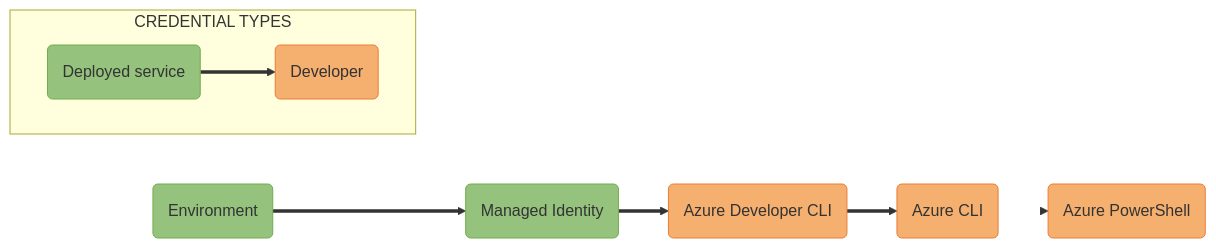
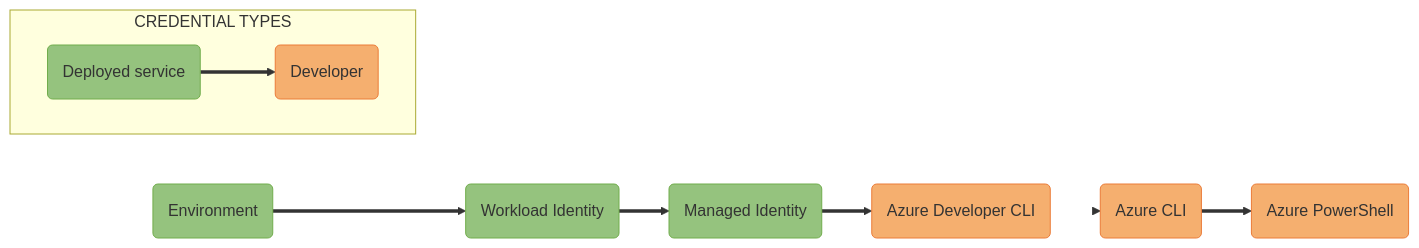
One commit to Azure/azure-sdk-for-js changed the diagram in sdk/identity/identity/images/mermaidjs/DefaultAzureCredentialAuthFlow.md. Above: the diagram before and after it, drawn with Mermaid. The commit also changed 2 other files, not shown here.

Commit message:
update mermaid image

````diff
--- a/sdk/identity/identity/images/mermaidjs/DefaultAzureCredentialAuthFlow.md
+++ b/sdk/identity/identity/images/mermaidjs/DefaultAzureCredentialAuthFlow.md
@@ -1,28 +1,28 @@
 ```mermaid
 %% STEPS TO GENERATE IMAGE
 %% =======================
 %% 1. Install mermaid CLI (see https://github.com/mermaid-js/mermaid-cli/blob/master/README.md)
 %%    v8.14.0 is known good for our process. npm install -g @mermaid-js/mermaid-cli@8.14.0
 %% 2. Run command: mmdc -i DefaultAzureCredentialAuthFlow.md -o DefaultAzureCredentialAuthFlow.svg
 
 flowchart LR;
-    A(Environment):::deployed ==> B(Managed Identity):::deployed ==> C(Azure Developer CLI):::developer ==> D(Azure CLI):::developer ==> E(Azure PowerShell):::developer;
+    A(Environment):::deployed ==> B(Workload Identity):::deployed ==> C(Managed Identity):::deployed ==> D(Azure Developer CLI):::developer ==> E(Azure CLI):::developer ==> F(Azure PowerShell):::developer;
 
     subgraph CREDENTIAL TYPES;
         direction LR;
         Deployed(Deployed service):::deployed ==> Developer(Developer):::developer;
 
         %% Hide links between boxes in the legend by setting width to 0. The integers after "linkStyle" represent link indices.
         linkStyle 3 stroke-width:0px;
     end;
 
     %% Define styles for credential type boxes
     classDef deployed fill:#95C37E, stroke:#71AD4C;
     classDef developer fill:#F5AF6F, stroke:#EB7C39;
 
     %% Add API ref links to credential type boxes
     click A "https://learn.microsoft.com/javascript/api/@azure/identity/environmentcredential?view=azure-node-latest" _blank;
-    click B "https://learn.microsoft.com/javascript/api/@azure/identity/managedidentitycredential?view=azure-node-latest" _blank;
-    click D "https://learn.microsoft.com/javascript/api/@azure/identity/azureclicredential?view=azure-node-latest" _blank;
-    click E "https://learn.microsoft.com/javascript/api/@azure/identity/azurepowershellcredential?view=azure-node-latest" _blank;
+    click C "https://learn.microsoft.com/javascript/api/@azure/identity/managedidentitycredential?view=azure-node-latest" _blank;
+    click E "https://learn.microsoft.com/javascript/api/@azure/identity/azureclicredential?view=azure-node-latest" _blank;
+    click F "https://learn.microsoft.com/javascript/api/@azure/identity/azurepowershellcredential?view=azure-node-latest" _blank;
 ```
````
